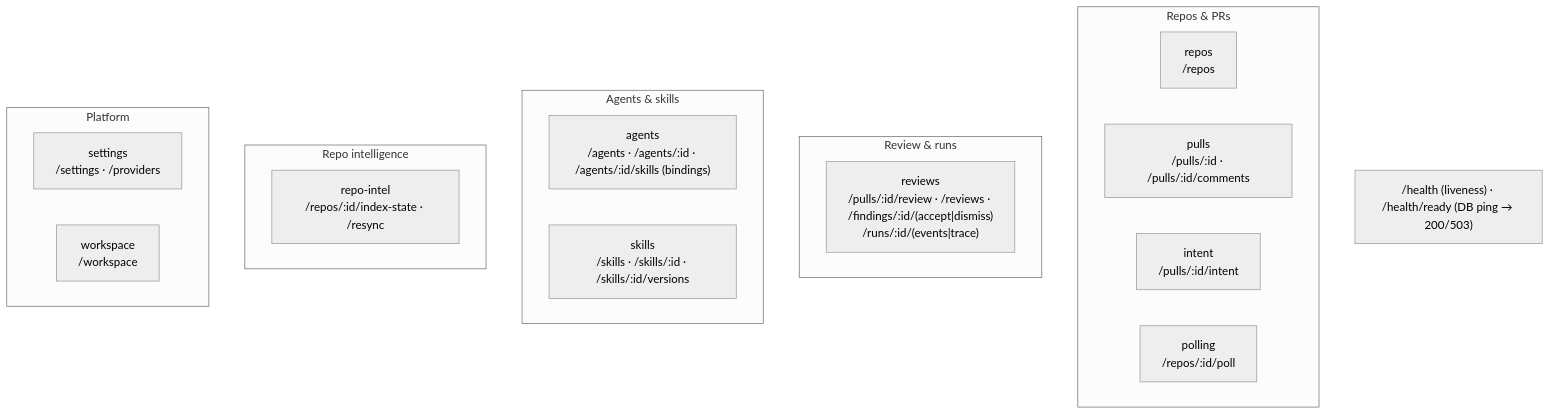
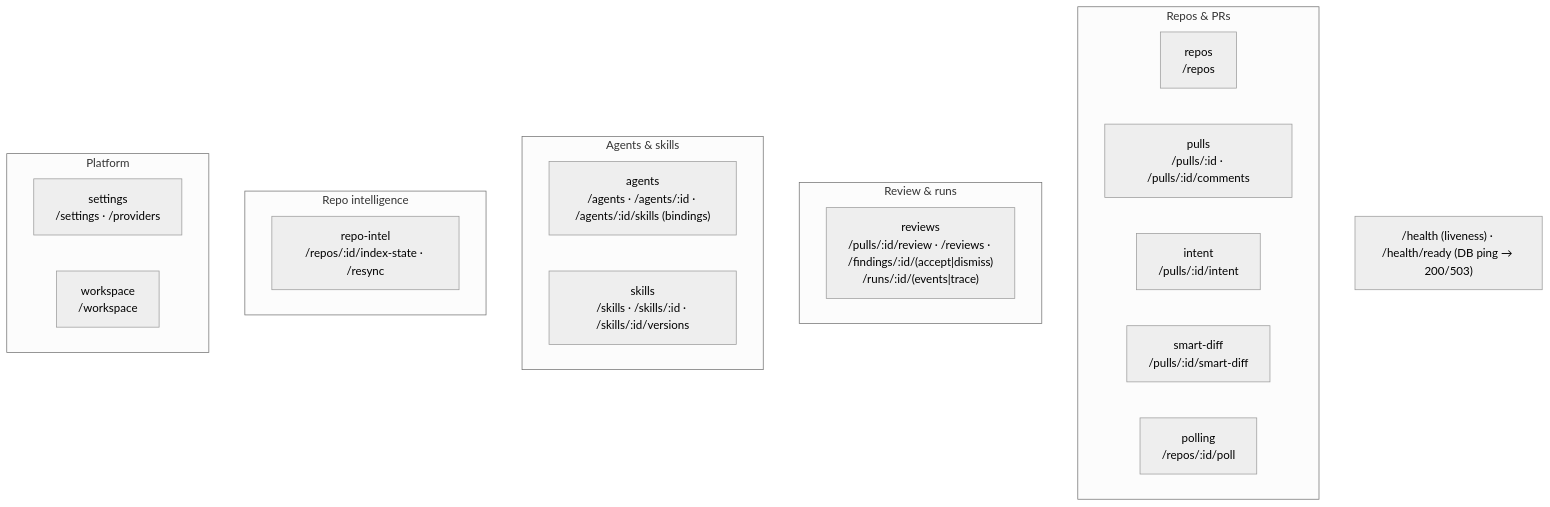
Before and after one commit to Holubinka/dev-digest: the second of 2 diagrams in server/README.md, drawn with Mermaid (neutral theme). The commit also changed 40 other files, not shown here.

````diff
--- a/server/README.md
+++ b/server/README.md
@@ -64,24 +64,25 @@
 ```mermaid
 flowchart TB
   subgraph Repos_PRs["Repos & PRs"]
     repos["repos<br/>/repos"]
     pulls["pulls<br/>/pulls/:id · /pulls/:id/comments"]
     intent["intent<br/>/pulls/:id/intent"]
+    smartDiff["smart-diff<br/>/pulls/:id/smart-diff"]
     polling["polling<br/>/repos/:id/poll"]
   end
   subgraph Review["Review & runs"]
     reviews["reviews<br/>/pulls/:id/review · /reviews · /findings/:id/(accept|dismiss)<br/>/runs/:id/(events|trace)"]
   end
   subgraph Agents["Agents & skills"]
     agents["agents<br/>/agents · /agents/:id · /agents/:id/skills (bindings)"]
     skills["skills<br/>/skills · /skills/:id · /skills/:id/versions"]
   end
   subgraph Intel["Repo intelligence"]
     repoIntel["repo-intel<br/>/repos/:id/index-state · /resync"]
   end
   subgraph Platform["Platform"]
     settings["settings<br/>/settings · /providers"]
     workspace["workspace<br/>/workspace"]
   end
   HEALTH["/health (liveness) · /health/ready (DB ping → 200/503)"]
 ```
````
